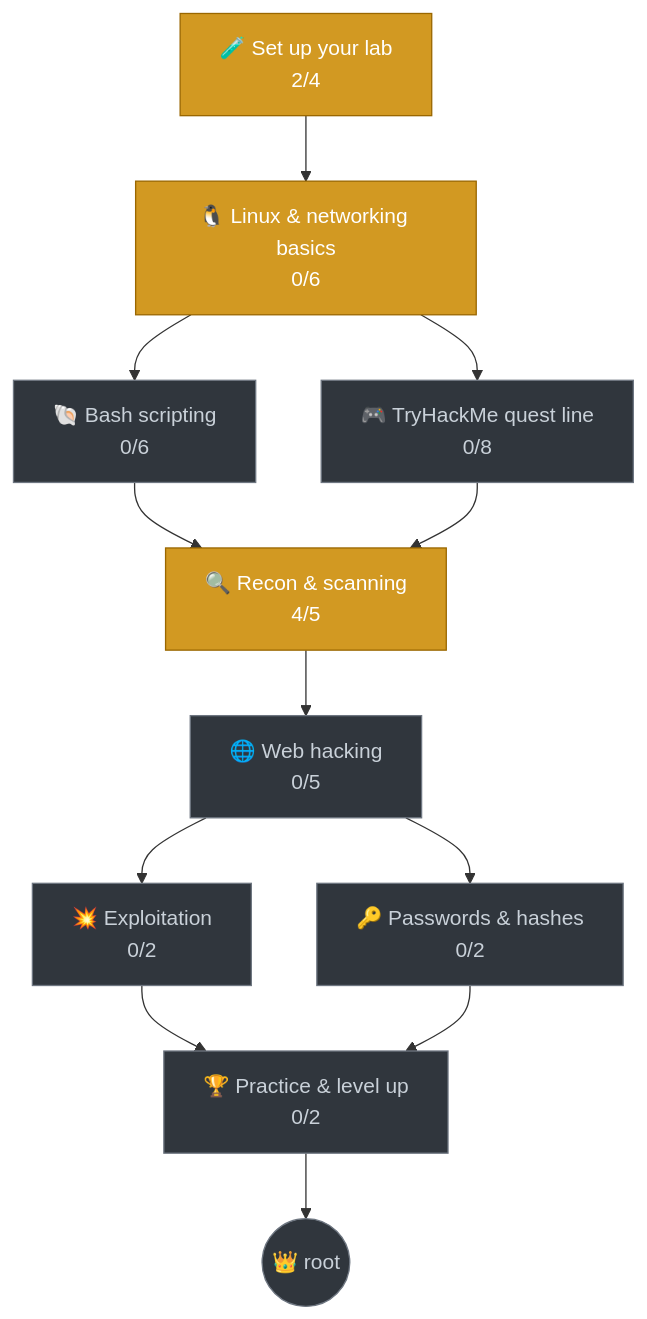
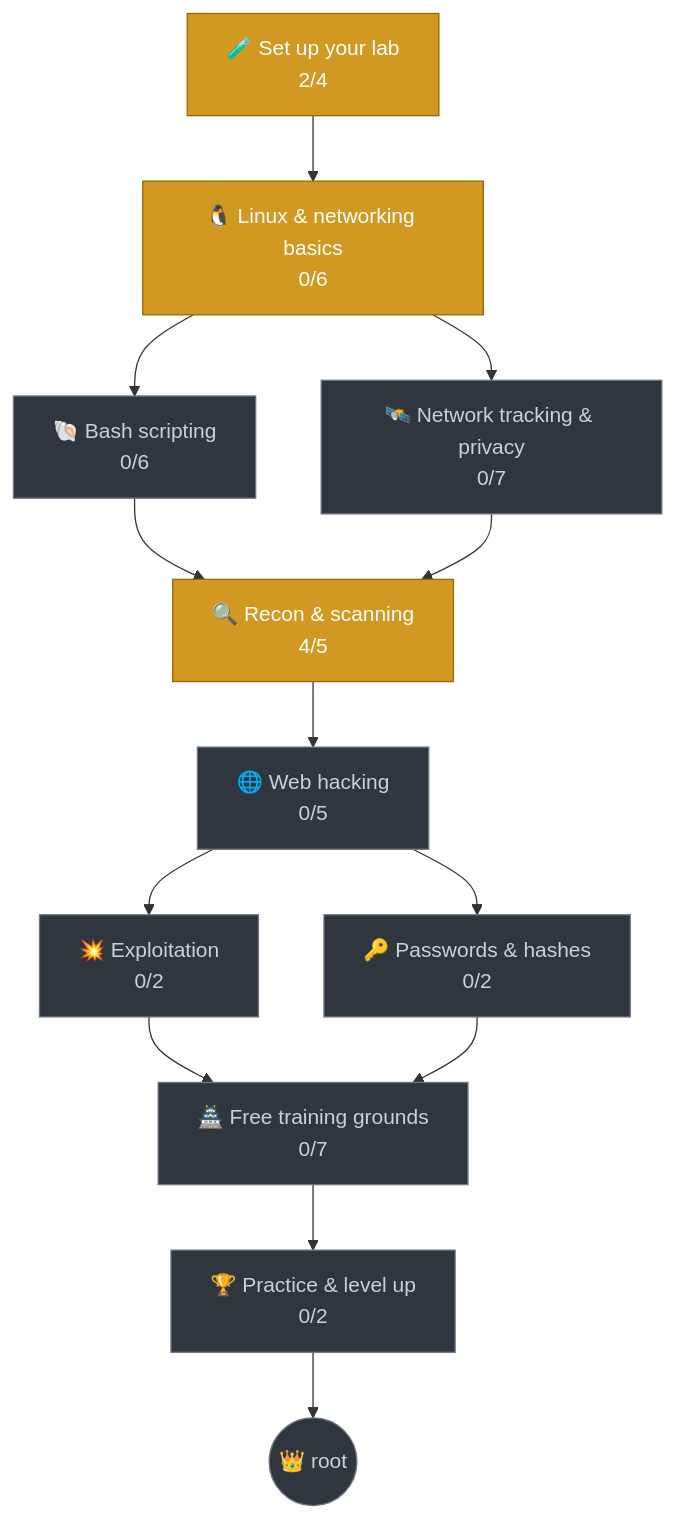
Before and after one commit to YeetQz/zero-to-root: the diagram in README.md, drawn with Mermaid. The commit also changed other lines of this file and 12 other files, not shown here.

First line of the commit message:
🛰️ 100% free path + network tracking & privacy

````diff
--- a/README.md
+++ b/README.md
@@ -90,27 +92,29 @@
 ```mermaid
 flowchart TD
     lab["🧪 Set up your lab<br/>2/4"]:::active
     linux["🐧 Linux & networking basics<br/>0/6"]:::active
     bash["🐚 Bash scripting<br/>0/6"]:::locked
-    thm["🎮 TryHackMe quest line<br/>0/8"]:::locked
+    track["🛰️ Network tracking & privacy<br/>0/7"]:::locked
+    free["🏯 Free training grounds<br/>0/7"]:::locked
     recon["🔍 Recon & scanning<br/>4/5"]:::active
     web["🌐 Web hacking<br/>0/5"]:::locked
     exploit["💥 Exploitation<br/>0/2"]:::locked
     passwords["🔑 Passwords & hashes<br/>0/2"]:::locked
     practice["🏆 Practice & level up<br/>0/2"]:::locked
     lab --> linux
     linux --> bash
-    linux --> thm
+    linux --> track
     bash --> recon
-    thm --> recon
+    track --> recon
     recon --> web
     web --> exploit
     web --> passwords
-    exploit --> practice
-    passwords --> practice
+    exploit --> free
+    passwords --> free
+    free --> practice
     root(("👑 root")):::locked
     practice --> root
     classDef done fill:#2ea043,stroke:#1a7f37,color:#ffffff
     classDef active fill:#d29922,stroke:#9a6700,color:#ffffff
     classDef locked fill:#30363d,stroke:#6e7681,color:#c9d1d9
 ```
````
